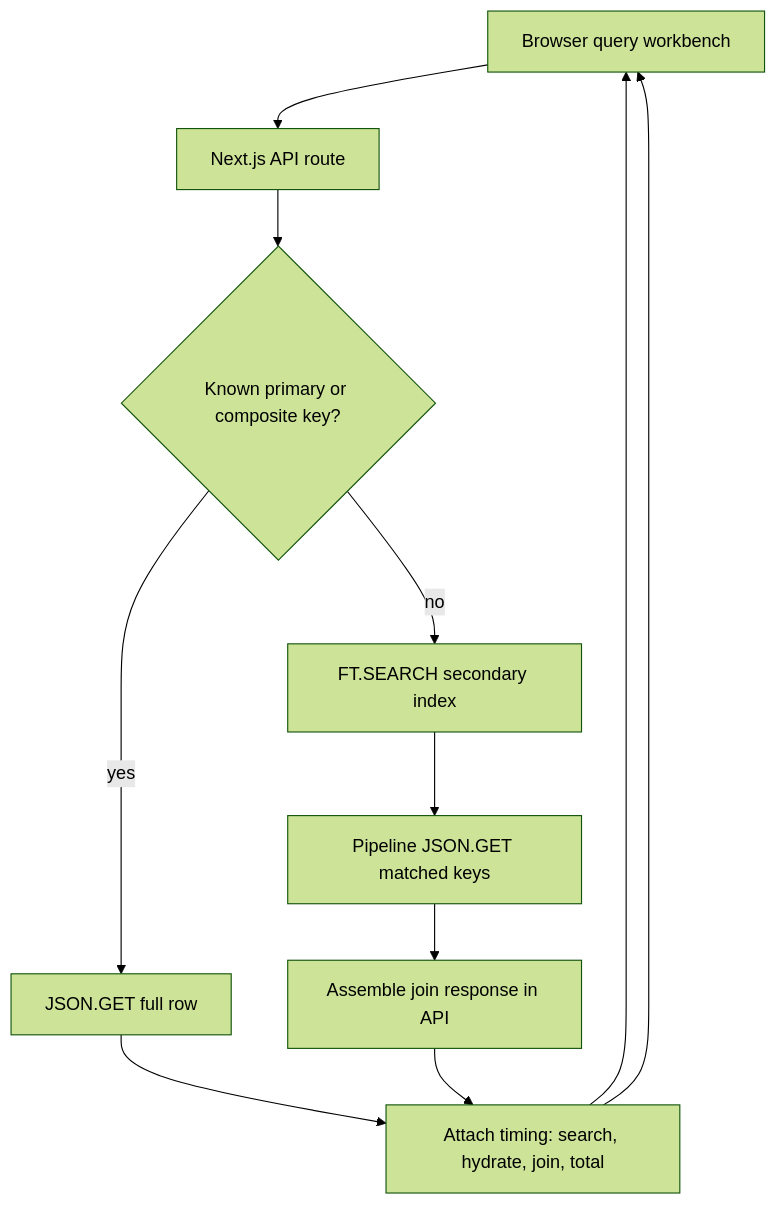
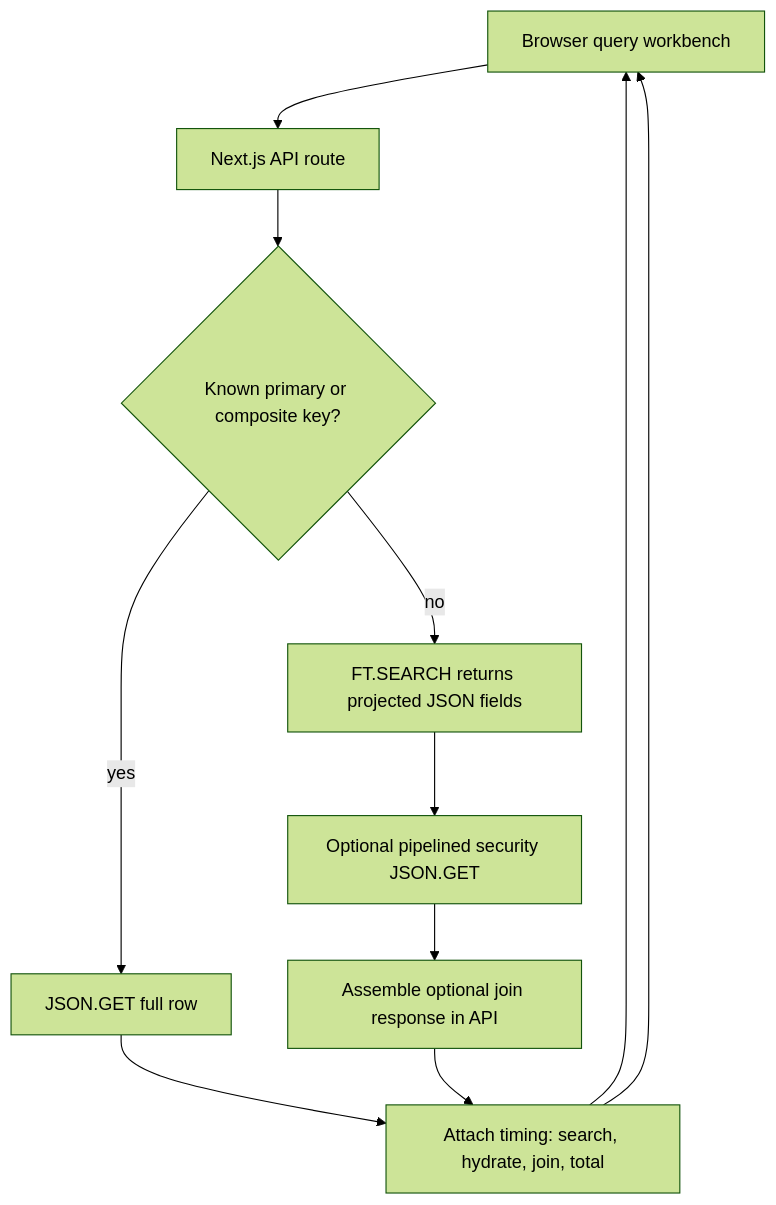
One commit to alberttwong/redis_financial_demo changed the third of 4 diagrams in README.md. Above: the diagram before and after it, drawn with Mermaid (forest theme). The commit also changed other lines of this file and 20 other files, not shown here.

````diff
--- a/README.md
+++ b/README.md
@@ -216,15 +216,15 @@
 ```mermaid
 flowchart TD
     UI["Browser query workbench"]
     API["Next.js API route"]
     KEY{"Known primary or composite key?"}
     GET["JSON.GET full row"]
-    SEARCH["FT.SEARCH secondary index"]
-    HYDRATE["Pipeline JSON.GET matched keys"]
-    JOIN["Assemble join response in API"]
+    SEARCH["FT.SEARCH returns projected JSON fields"]
+    RELATED["Optional pipelined security JSON.GET"]
+    JOIN["Assemble optional join response in API"]
     TIMER["Attach timing: search, hydrate, join, total"]
 
     UI --> API --> KEY
     KEY -- yes --> GET --> TIMER --> UI
-    KEY -- no --> SEARCH --> HYDRATE --> JOIN --> TIMER --> UI
+    KEY -- no --> SEARCH --> RELATED --> JOIN --> TIMER --> UI
 ```
````
